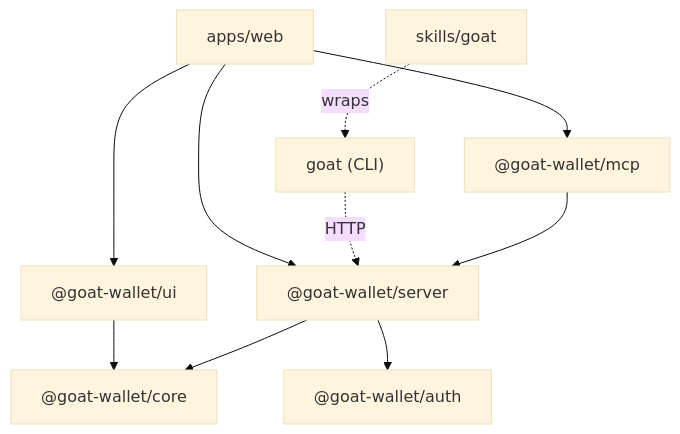
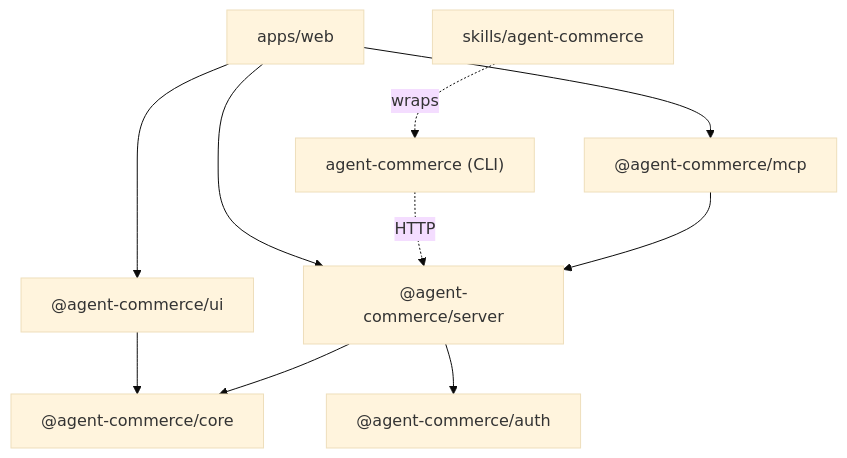
Before and after one commit to Crossmint/agent-commerce-sample-app: the first of 3 diagrams in docs/ARCHITECTURE.md, drawn with Mermaid (base theme). The commit also changed other lines of this file and 348 other files, not shown here.

````diff
--- a/docs/ARCHITECTURE.md
+++ b/docs/ARCHITECTURE.md
@@ -81,21 +81,21 @@
 ```mermaid
 graph TD
-  core["@goat-wallet/core"]
-  auth["@goat-wallet/auth"]
-  server["@goat-wallet/server"]
-  ui["@goat-wallet/ui"]
-  mcp["@goat-wallet/mcp"]
-  cli["goat (CLI)"]
+  core["@agent-commerce/core"]
+  auth["@agent-commerce/auth"]
+  server["@agent-commerce/server"]
+  ui["@agent-commerce/ui"]
+  mcp["@agent-commerce/mcp"]
+  cli["agent-commerce (CLI)"]
   web["apps/web"]
-  skill["skills/goat"]
+  skill["skills/agent-commerce"]
 
   server --> core
   server --> auth
   ui --> core
   mcp --> server
   cli -. HTTP .-> server
   skill -. wraps .-> cli
   web --> server
   web --> ui
   web --> mcp
 ```
````
